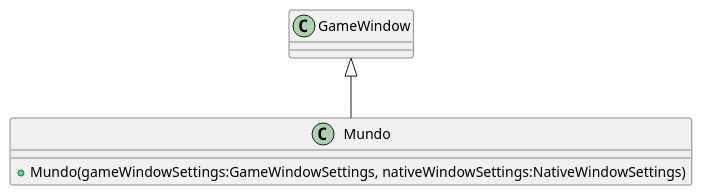
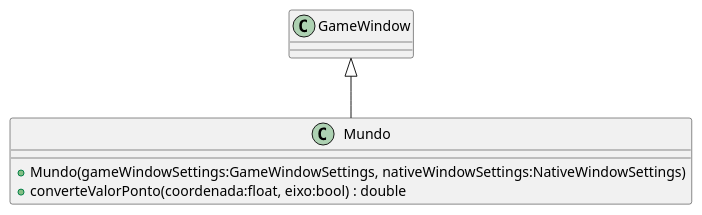
One commit to gcgfurb/disciplinaCg_2023-1_not_equipe-05 changed the diagram in Unidade3/Atividade3/CG_N3_new/plantuml/Mundo.puml. Above: the diagram before and after it, drawn with PlantUML. The commit also changed 15 other files, not shown here.

Commit message:
final details from Atividade 3 and PlantUML files generated

```diff
--- a/Unidade3/Atividade3/CG_N3_new/plantuml/Mundo.puml
+++ b/Unidade3/Atividade3/CG_N3_new/plantuml/Mundo.puml
@@ -1,6 +1,7 @@
 @startuml
 class Mundo {
     + Mundo(gameWindowSettings:GameWindowSettings, nativeWindowSettings:NativeWindowSettings)
+    + converteValorPonto(coordenada:float, eixo:bool) : double
 }
 GameWindow <|-- Mundo
 @enduml
```
